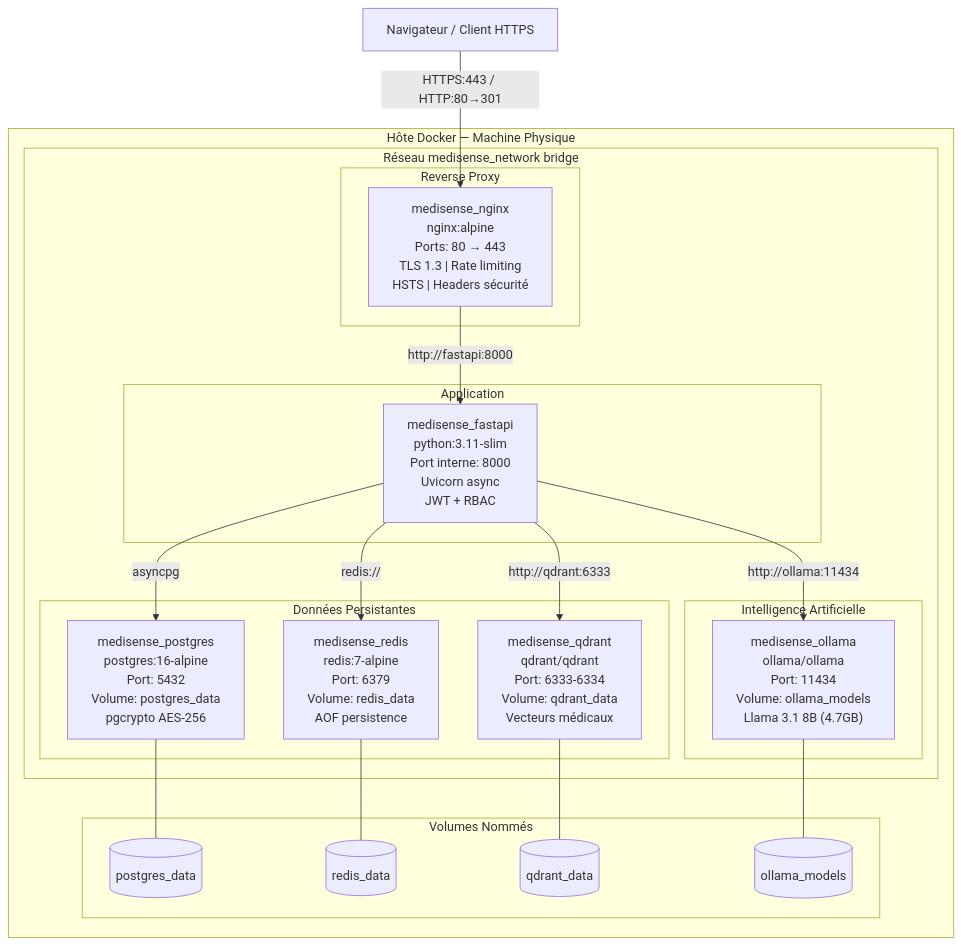
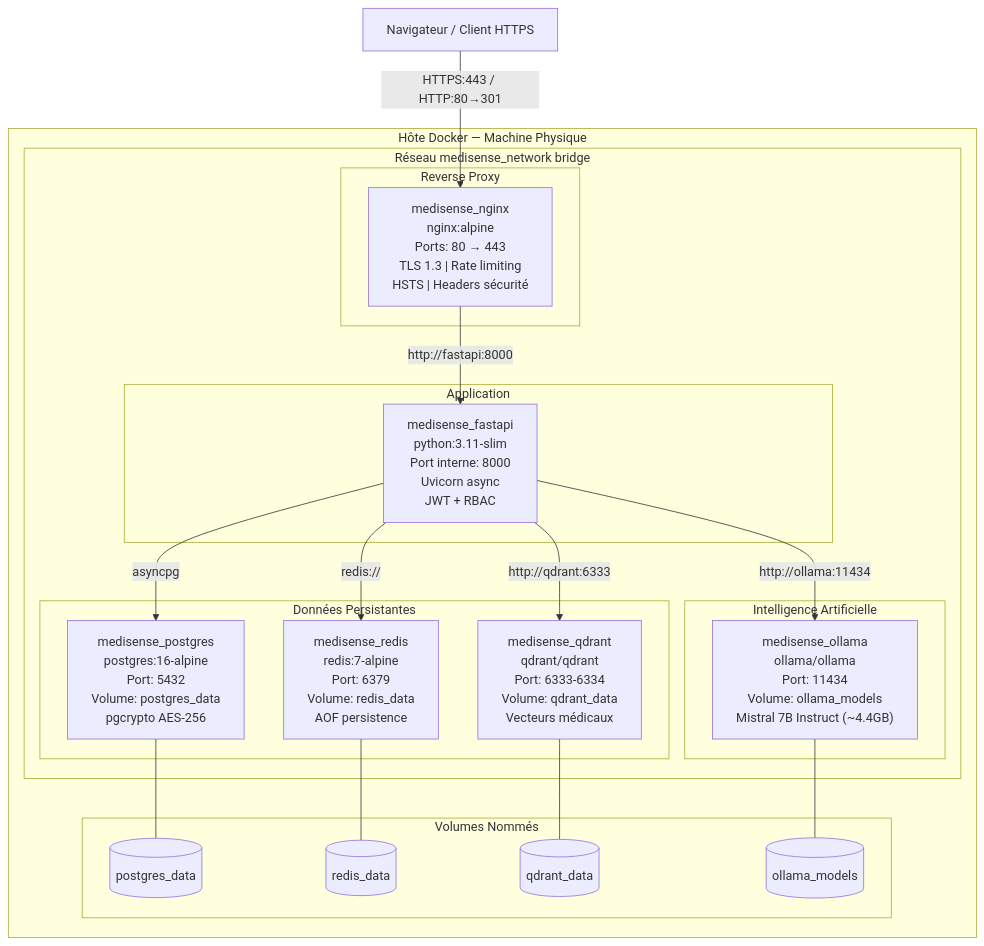
The second of 32 diagrams in docs/DIAGRAMMES.md (Boussyf0/MediSense-AI), drawn with Mermaid before and after one commit. The commit also changed other lines of this file and 17 other files, not shown here.

````diff
--- a/docs/DIAGRAMMES.md
+++ b/docs/DIAGRAMMES.md
@@ -129,46 +129,46 @@
 ```mermaid
 flowchart TB
     INTERNET["Navigateur / Client HTTPS"]
 
     subgraph HOST["Hôte Docker — Machine Physique"]
         subgraph NET["Réseau medisense_network bridge"]
 
             subgraph PROXY["Reverse Proxy"]
                 NGINX["medisense_nginx<br/>nginx:alpine<br/>Ports: 80 → 443<br/>TLS 1.3 | Rate limiting<br/>HSTS | Headers sécurité"]
             end
 
             subgraph APP["Application"]
                 FASTAPI["medisense_fastapi<br/>python:3.11-slim<br/>Port interne: 8000<br/>Uvicorn async<br/>JWT + RBAC"]
             end
 
             subgraph DATA["Données Persistantes"]
                 PG["medisense_postgres<br/>postgres:16-alpine<br/>Port: 5432<br/>Volume: postgres_data<br/>pgcrypto AES-256"]
                 REDIS_C["medisense_redis<br/>redis:7-alpine<br/>Port: 6379<br/>Volume: redis_data<br/>AOF persistence"]
                 QDRANT_C["medisense_qdrant<br/>qdrant/qdrant<br/>Port: 6333-6334<br/>Volume: qdrant_data<br/>Vecteurs médicaux"]
             end
 
             subgraph AI["Intelligence Artificielle"]
-                OLLAMA_C["medisense_ollama<br/>ollama/ollama<br/>Port: 11434<br/>Volume: ollama_models<br/>Llama 3.1 8B (4.7GB)"]
+                OLLAMA_C["medisense_ollama<br/>ollama/ollama<br/>Port: 11434<br/>Volume: ollama_models<br/>Mistral 7B Instruct (~4.4GB)"]
             end
         end
 
         subgraph VOLS["Volumes Nommés"]
             V1[("postgres_data")]
             V2[("redis_data")]
             V3[("qdrant_data")]
             V4[("ollama_models")]
         end
     end
 
     INTERNET -->|"HTTPS:443 / HTTP:80→301"| NGINX
     NGINX -->|"http://fastapi:8000"| FASTAPI
     FASTAPI -->|"asyncpg"| PG
     FASTAPI -->|"redis://"| REDIS_C
     FASTAPI -->|"http://qdrant:6333"| QDRANT_C
     FASTAPI -->|"http://ollama:11434"| OLLAMA_C
 
     PG --- V1
     REDIS_C --- V2
     QDRANT_C --- V3
     OLLAMA_C --- V4
 ```
````
